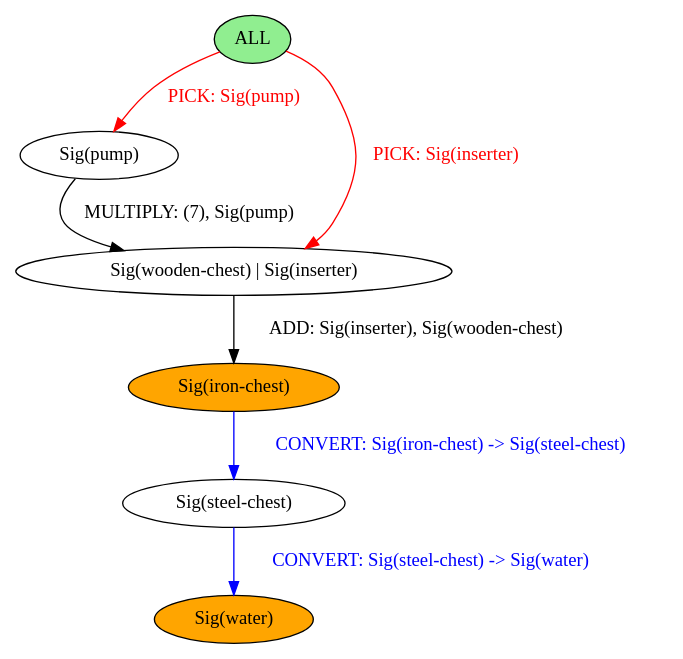
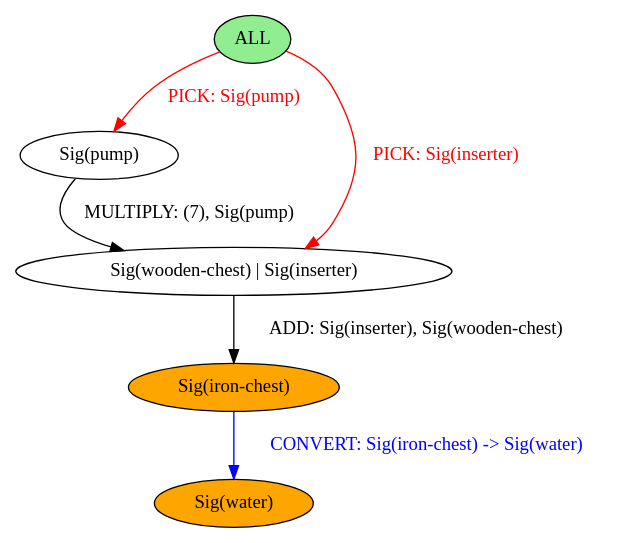
The diagram in chef/example_outputs/comments.dot (BalderHolst/chef), drawn with Graphviz before and after one commit. The commit also changed 10 other files, not shown here.

Commit message:
Update and check new compiled dot graphs

```diff
--- a/chef/example_outputs/comments.dot
+++ b/chef/example_outputs/comments.dot
@@ -1,15 +1,13 @@
 strict digraph {
 	nodesep=1
 	4	[style=filled fillcolor=white label="Sig(pump)"]
 	6	[style=filled fillcolor=white label="Sig(wooden-chest) | Sig(inserter)"]
 	0	[style=filled fillcolor=lightgreen label="ALL"]
-	9	[style=filled fillcolor=white label="Sig(steel-chest)"]
+	9	[style=filled fillcolor=orange label="Sig(water)"]
 	8	[style=filled fillcolor=orange label="Sig(iron-chest)"]
-	10	[style=filled fillcolor=orange label="Sig(water)"]
 	4 -> 6	[label="MULTIPLY: (7), Sig(pump)" color=black fontcolor=black]
 	6 -> 8	[label="ADD: Sig(inserter), Sig(wooden-chest)" color=black fontcolor=black]
 	0 -> 6	[label="PICK: Sig(inserter)" color=red fontcolor=red]
 	0 -> 4	[label="PICK: Sig(pump)" color=red fontcolor=red]
-	9 -> 10	[label="CONVERT: Sig(steel-chest) -> Sig(water)" color=blue fontcolor=blue]
-	8 -> 9	[label="CONVERT: Sig(iron-chest) -> Sig(steel-chest)" color=blue fontcolor=blue]
+	8 -> 9	[label="CONVERT: Sig(iron-chest) -> Sig(water)" color=blue fontcolor=blue]
 }
```
